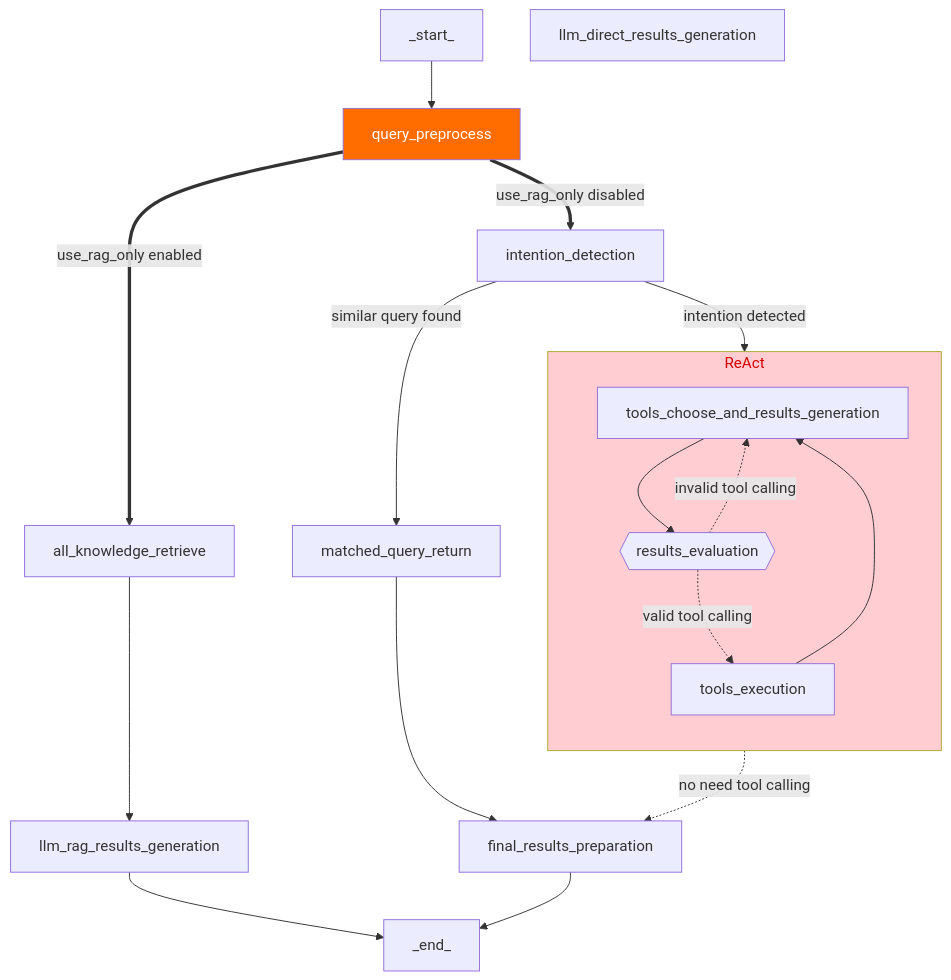
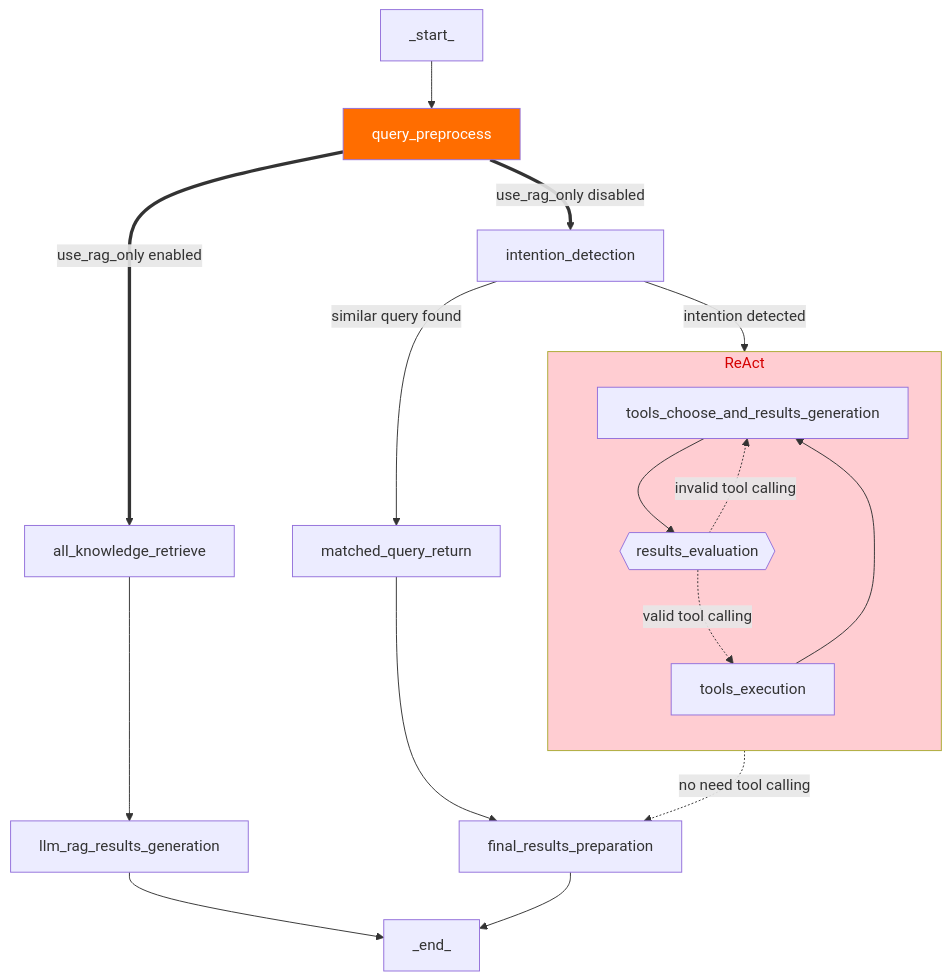
The diagram in README_zh-cn.md (aws-samples/Intelli-Agent), drawn with Mermaid before and after one commit. The commit also changed other lines of this file, not shown here.

````diff
--- a/README_zh-cn.md
+++ b/README_zh-cn.md
@@ -120,35 +120,34 @@
 ```mermaid
 flowchart TD
  subgraph ReAct["ReAct"]
     direction TB
         tools_choose_and_results_generation["tools_choose_and_results_generation"]
         results_evaluation{{"results_evaluation"}}
         tools_execution["tools_execution"]
   end
     _start_["_start_"] --> query_preprocess["query_preprocess"]
     query_preprocess == use_rag_only enabled ==> all_knowledge_retrieve["all_knowledge_retrieve"]
     query_preprocess == use_rag_only disabled ==> intention_detection["intention_detection"]
     all_knowledge_retrieve --> llm_rag_results_generation["llm_rag_results_generation"]
     intention_detection -- similar query found --> matched_query_return["matched_query_return"]
     intention_detection -- intention detected --> tools_choose_and_results_generation
     tools_choose_and_results_generation --> results_evaluation
     results_evaluation -. invalid tool calling .-> tools_choose_and_results_generation
     results_evaluation -. valid tool calling .-> tools_execution
     results_evaluation -. no need tool calling .-> final_results_preparation["final_results_preparation"]
     tools_execution --> tools_choose_and_results_generation
     llm_rag_results_generation --> _end_
     matched_query_return --> final_results_preparation
     final_results_preparation --> _end_
      tools_choose_and_results_generation:::process
      results_evaluation:::process
      tools_execution:::process
      query_preprocess:::process
-     llm_direct_results_generation:::process
      all_knowledge_retrieve:::process
      intention_detection:::process
      llm_rag_results_generation:::process
      matched_query_return:::process
      final_results_preparation:::process
     style query_preprocess fill:#FF6D00,color:#FFFFFF
     style ReAct fill:#FFCDD2,color:#D50000
 ```
````
